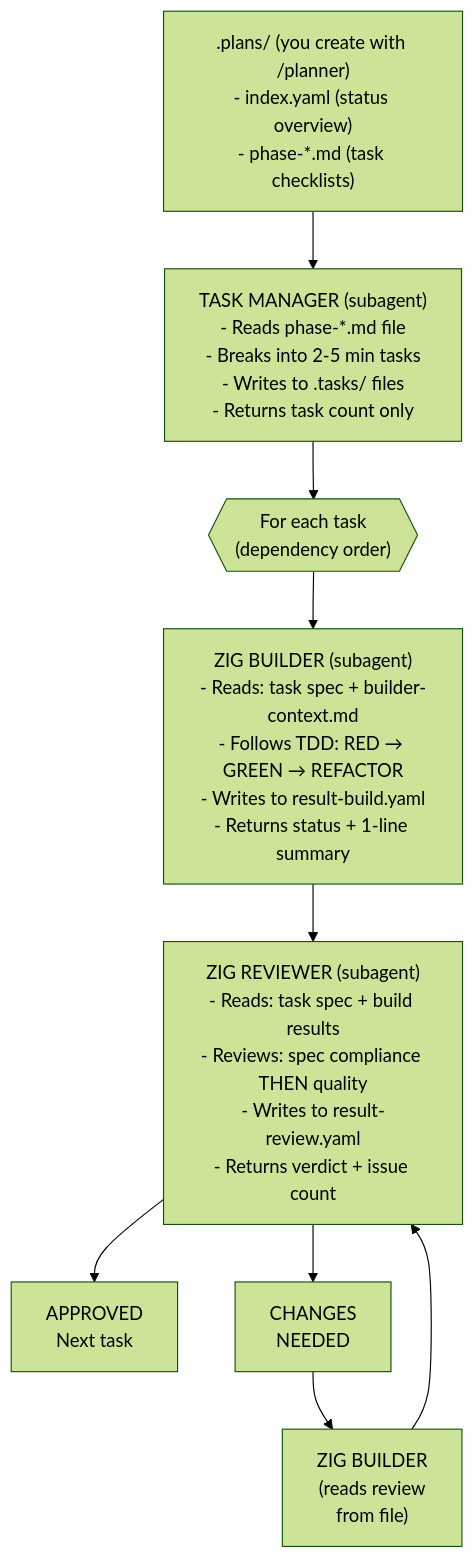
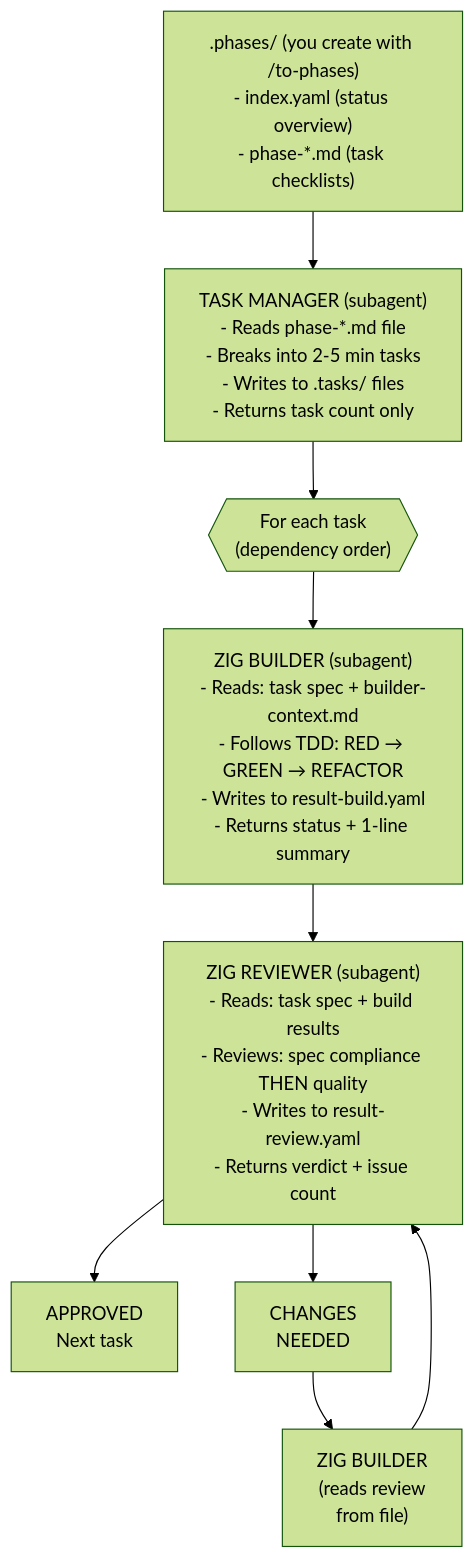
The diagram in modules/home/llm/claude/skills/zig-team/SKILL.md (curtbushko/nixos-config), drawn with Mermaid (forest theme) before and after one commit. The commit also changed other lines of this file and 10 other files, not shown here.

Commit message:
claude: change from "plans" to "phases" in order to be consistent and avoid conflict with claudes built in plans

````diff
--- a/modules/home/llm/claude/skills/zig-team/SKILL.md
+++ b/modules/home/llm/claude/skills/zig-team/SKILL.md
@@ -27,25 +27,25 @@
 ```mermaid
 flowchart TD
-    PLANS[".plans/ (you create with /planner)<br/>- index.yaml (status overview)<br/>- phase-*.md (task checklists)"]
+    PLANS[".phases/ (you create with /to-phases)<br/>- index.yaml (status overview)<br/>- phase-*.md (task checklists)"]
 
     TASK_MGR["TASK MANAGER (subagent)<br/>- Reads phase-*.md file<br/>- Breaks into 2-5 min tasks<br/>- Writes to .tasks/ files<br/>- Returns task count only"]
 
     LOOP{{"For each task<br/>(dependency order)"}}
 
     BUILDER["ZIG BUILDER (subagent)<br/>- Reads: task spec + builder-context.md<br/>- Follows TDD: RED → GREEN → REFACTOR<br/>- Writes to result-build.yaml<br/>- Returns status + 1-line summary"]
 
     REVIEWER["ZIG REVIEWER (subagent)<br/>- Reads: task spec + build results<br/>- Reviews: spec compliance THEN quality<br/>- Writes to result-review.yaml<br/>- Returns verdict + issue count"]
 
     APPROVED["APPROVED<br/>Next task"]
     CHANGES["CHANGES<br/>NEEDED"]
     FIX["ZIG BUILDER<br/>(reads review<br/>from file)"]
 
     PLANS --> TASK_MGR
     TASK_MGR --> LOOP
     LOOP --> BUILDER
     BUILDER --> REVIEWER
     REVIEWER --> APPROVED
     REVIEWER --> CHANGES
     CHANGES --> FIX
     FIX --> REVIEWER
 ```
````
